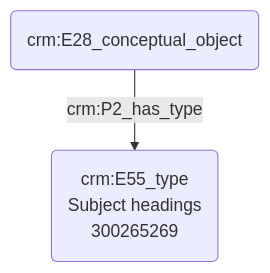
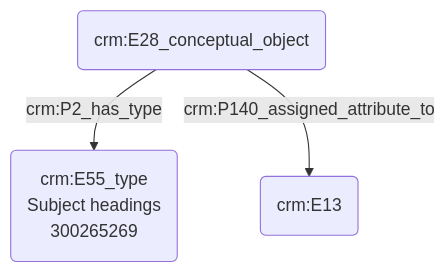
Before and after one commit to Amleth/consortium-musica2-gt2-ontologies: the diagram in modules/livrables/Dossier 2/Indexation conceptuelle/indexation d'une thématique.md, drawn with Mermaid. The commit also changed other lines of this file, not shown here.

````diff
--- a/modules/livrables/Dossier 2/Indexation conceptuelle/indexation d'une thématique.md
+++ b/modules/livrables/Dossier 2/Indexation conceptuelle/indexation d'une thématique.md
@@ -12,6 +14,7 @@
 ```mermaid
 graph TD;
 
 A(crm:E28_conceptual_object) --> |crm:P2_has_type| B(crm:E55_type<br>Subject headings<br>300265269)
+A(crm:E28_conceptual_object) --> |crm:P140_assigned_attribute_to| C(crm:E13)
 
 ```
````
